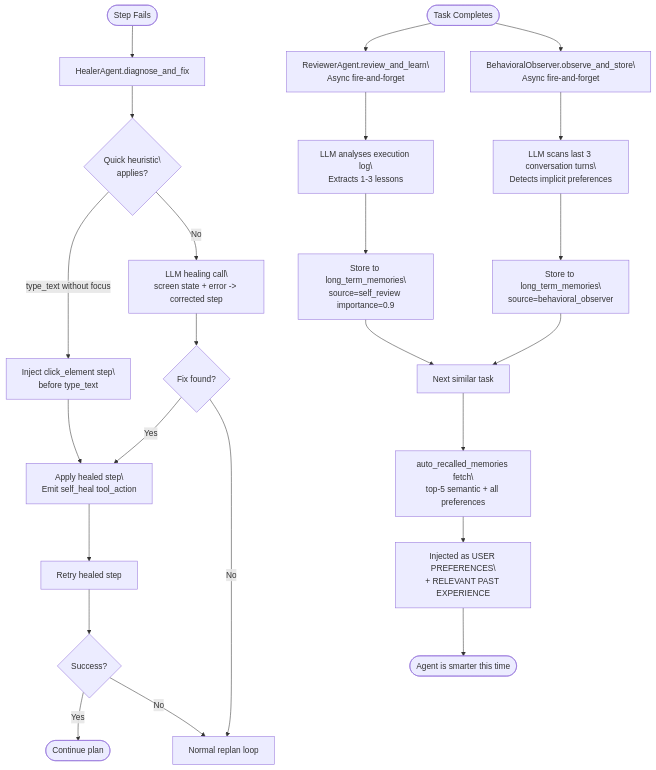
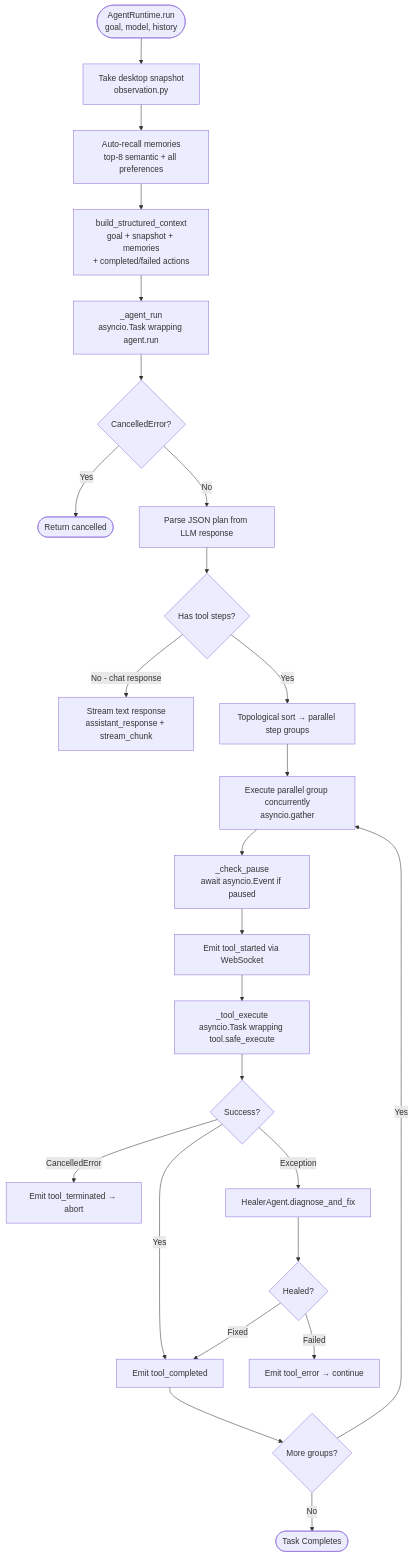
Before and after one commit to OpenSarthi/opensarthi: the fifth of 10 diagrams in docs/03_agentic_flow.md, drawn with Mermaid. The commit also changed other lines of this file and 8 other files, not shown here.

Commit message:
docs: comprehensive synchronization of all READMEs, SKILLS.md and architectural guides

````diff
--- a/docs/03_agentic_flow.md
+++ b/docs/03_agentic_flow.md
@@ -149,29 +161,33 @@
 ```mermaid
 flowchart TD
-    STEP_FAIL([Step Fails]) --> HEALER[HealerAgent.diagnose_and_fix]
-    HEALER --> QUICK{Quick heuristic\\napplies?}
-    QUICK -->|type_text without focus| FIX_FOCUS[Inject click_element step\\nbefore type_text]
-    QUICK -->|No| LLM_HEAL[LLM healing call\\nscreen state + error -> corrected step]
-    LLM_HEAL --> HEALED{Fix found?}
-    HEALED -->|Yes| APPLY[Apply healed step\\nEmit self_heal tool_action]
-    HEALED -->|No| REPLAN[Normal replan loop]
-    FIX_FOCUS --> APPLY
-    APPLY --> RETRY[Retry healed step]
-    RETRY --> OK{Success?}
-    OK -->|Yes| CONTINUE([Continue plan])
-    OK -->|No| REPLAN
+    START([AgentRuntime.run\ngoal, model, history]) --> SNAP[Take desktop snapshot\nobservation.py]
+    SNAP --> RECALL[Auto-recall memories\ntop-8 semantic + all preferences]
+    RECALL --> CTX[build_structured_context\ngoal + snapshot + memories\n+ completed/failed actions]
+    CTX --> LLM_PLAN[_agent_run\nasyncio.Task wrapping agent.run]
 
-    TASK_END([Task Completes]) --> REVIEWER[ReviewerAgent.review_and_learn\\nAsync fire-and-forget]
-    REVIEWER --> LLM_REVIEW[LLM analyses execution log\\nExtracts 1-3 lessons]
-    LLM_REVIEW --> STORE_LESSONS[Store to long_term_memories\\nsource=self_review importance=0.9]
+    LLM_PLAN --> CANCELLED_LLM{CancelledError?}
+    CANCELLED_LLM -->|Yes| ABORT([Return cancelled])
+    CANCELLED_LLM -->|No| PARSE_PLAN[Parse JSON plan from LLM response]
 
-    TASK_END --> OBSERVER[BehavioralObserver.observe_and_store\\nAsync fire-and-forget]
-    OBSERVER --> LLM_DETECT[LLM scans last 3 conversation turns\\nDetects implicit preferences]
-    LLM_DETECT --> STORE_PREFS[Store to long_term_memories\\nsource=behavioral_observer]
+    PARSE_PLAN --> HAS_PLAN{Has tool steps?}
+    HAS_PLAN -->|No - chat response| STREAM[Stream text response\nassistant_response + stream_chunk]
+    HAS_PLAN -->|Yes| DECOMPOSE[Topological sort → parallel step groups]
 
-    STORE_LESSONS --> NEXT_TASK[Next similar task]
-    STORE_PREFS --> NEXT_TASK
-    NEXT_TASK --> AUTO_RECALL[auto_recalled_memories fetch\\ntop-5 semantic + all preferences]
-    AUTO_RECALL --> CONTEXT_INJECT[Injected as USER PREFERENCES\\n+ RELEVANT PAST EXPERIENCE]
-    CONTEXT_INJECT --> SMARTER([Agent is smarter this time])
+    DECOMPOSE --> PARALLEL_GROUP[Execute parallel group concurrently\nasyncio.gather]
+    PARALLEL_GROUP --> CHECK_PAUSE[_check_pause\nawait asyncio.Event if paused]
+    CHECK_PAUSE --> EMIT_START[Emit tool_started via WebSocket]
+    EMIT_START --> TOOL_EXEC[_tool_execute\nasyncio.Task wrapping tool.safe_execute]
+
+    TOOL_EXEC --> RESULT{Success?}
+    RESULT -->|Yes| EMIT_DONE[Emit tool_completed]
+    RESULT -->|CancelledError| EMIT_TERM[Emit tool_terminated → abort]
+    RESULT -->|Exception| HEALER[HealerAgent.diagnose_and_fix]
+
+    HEALER --> HEAL_RESULT{Healed?}
+    HEAL_RESULT -->|Fixed| EMIT_DONE
+    HEAL_RESULT -->|Failed| EMIT_ERR[Emit tool_error → continue]
+
+    EMIT_DONE --> MORE_STEPS{More groups?}
+    MORE_STEPS -->|Yes| PARALLEL_GROUP
+    MORE_STEPS -->|No| TASK_END([Task Completes])
 ```
````
